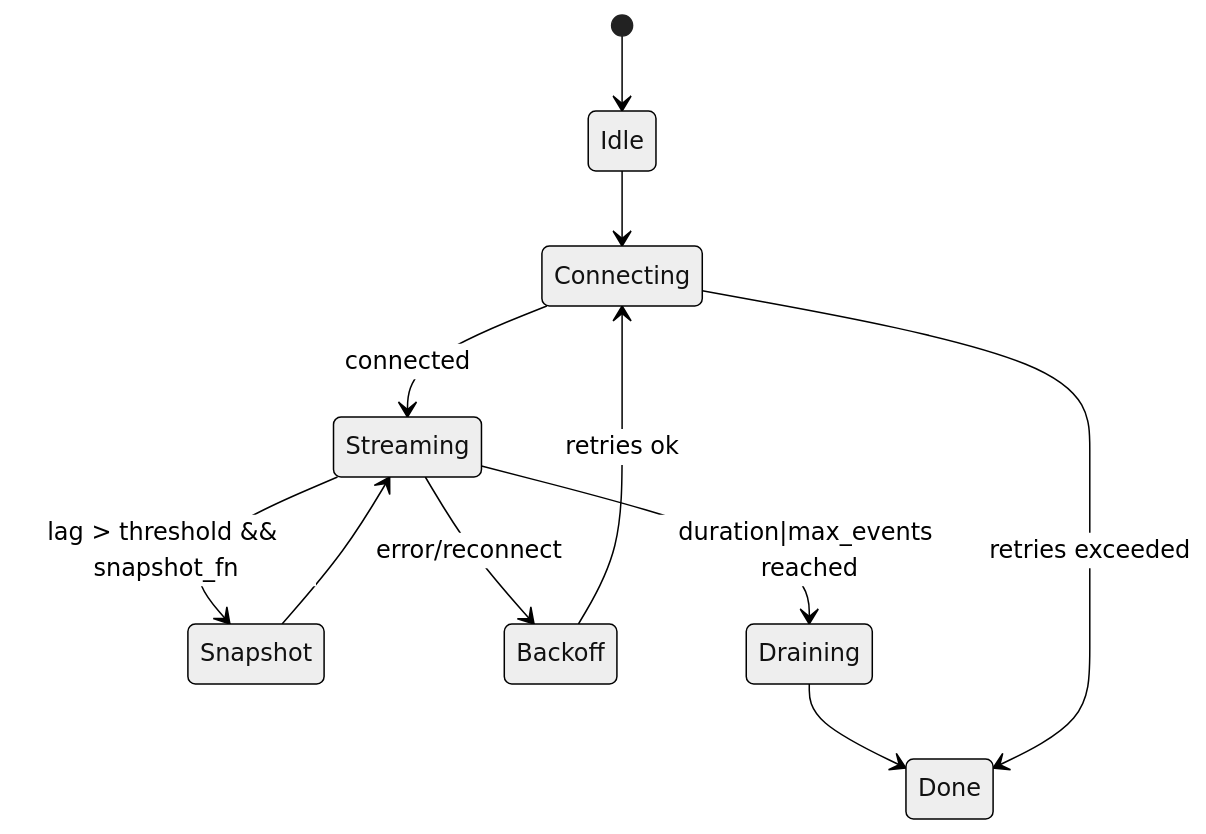
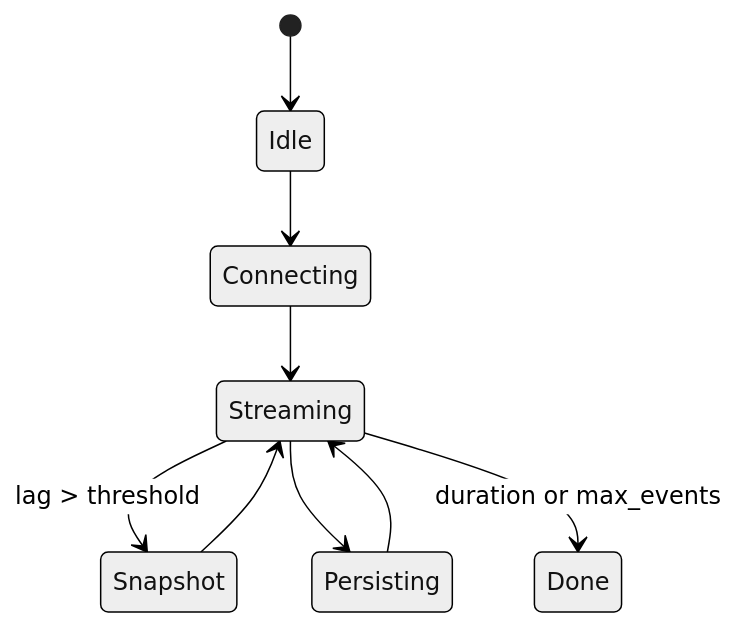
The third of 5 diagrams in docs/ingestion.md (oscarlgarcia/MyTraderSystem), drawn with Mermaid (neutral theme) before and after one commit. The commit also changed other lines of this file and 9 other files, not shown here.

````diff
--- a/docs/ingestion.md
+++ b/docs/ingestion.md
@@ -93,13 +100,11 @@
 ```mermaid
 stateDiagram-v2
   [*] --> Idle
   Idle --> Connecting
-  Connecting --> Streaming : connected
-  Streaming --> Snapshot : lag > threshold && snapshot_fn
+  Connecting --> Streaming
+  Streaming --> Snapshot : lag > threshold
   Snapshot --> Streaming
-  Streaming --> Backoff : error/reconnect
-  Backoff --> Connecting : retries ok
-  Streaming --> Draining : duration|max_events reached
-  Draining --> Done
-  Connecting --> Done : retries exceeded
+  Streaming --> Persisting
+  Persisting --> Streaming
+  Streaming --> Done : duration or max_events
 ```
````
